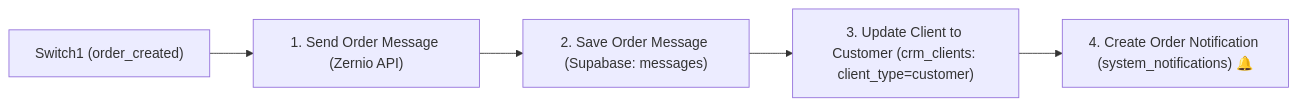
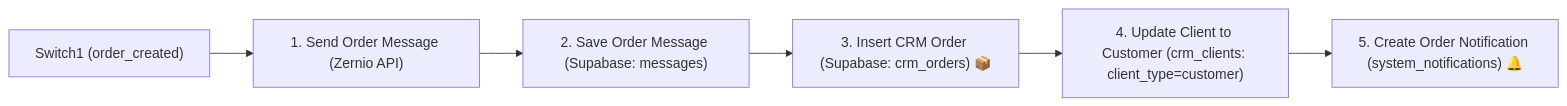
One commit to drjimmy1990/iconnect-woocommerce changed the first of 2 diagrams in bot-dashboard/n8n_workflow_guide.md. Above: the diagram before and after it, drawn with Mermaid. The commit also changed other lines of this file and 1 other file, not shown here.

Commit message:
feat(orders): integrate crm_orders table insertion in n8n order creation pipeline

````diff
--- a/bot-dashboard/n8n_workflow_guide.md
+++ b/bot-dashboard/n8n_workflow_guide.md
@@ -230,7 +230,8 @@
 ```mermaid
 flowchart LR
     A["Switch1 (order_created)"] --> B["1. Send Order Message (Zernio API)"]
     B --> C["2. Save Order Message (Supabase: messages)"]
-    C --> D["3. Update Client to Customer (crm_clients: client_type=customer)"]
-    D --> E["4. Create Order Notification (system_notifications) 🔔"]
+    C --> D["3. Insert CRM Order (Supabase: crm_orders) 📦"]
+    D --> E["4. Update Client to Customer (crm_clients: client_type=customer)"]
+    E --> F["5. Create Order Notification (system_notifications) 🔔"]
 ```
````
